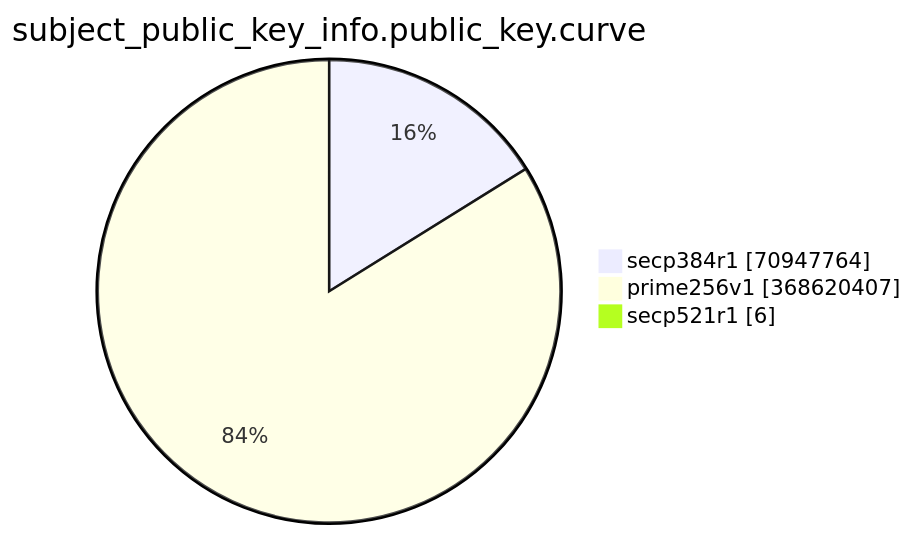
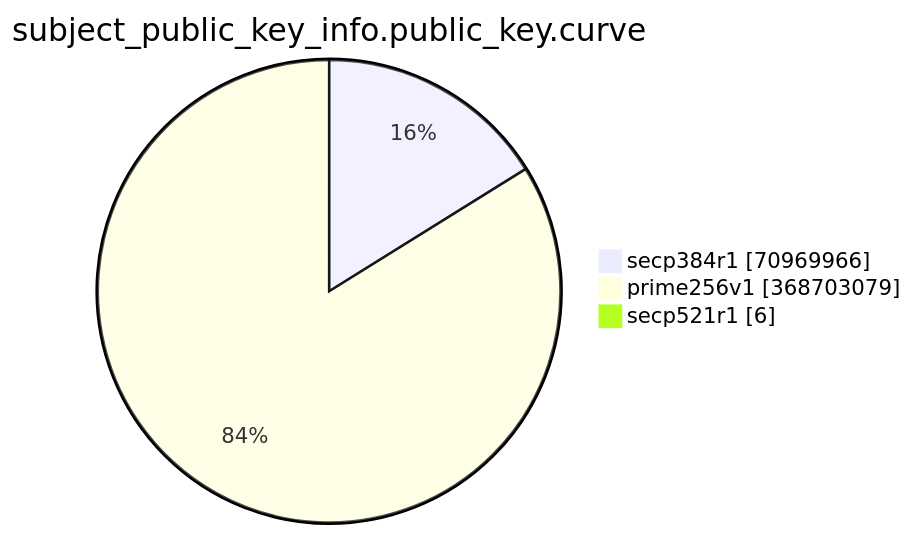
The eighth of 15 diagrams in TOTAL/README.md (christiankrug/ctmonitor_visualization), drawn with Mermaid before and after one commit. The commit also changed other lines of this file, not shown here.

````diff
--- a/TOTAL/README.md
+++ b/TOTAL/README.md
@@ -3094,7 +3094,7 @@
 ```mermaid
 pie showData
 title subject_public_key_info.public_key.curve
-"secp384r1" :70947764
-"prime256v1" :368620407
+"secp384r1" :70969966
+"prime256v1" :368703079
 "secp521r1" :6
 ```
````
